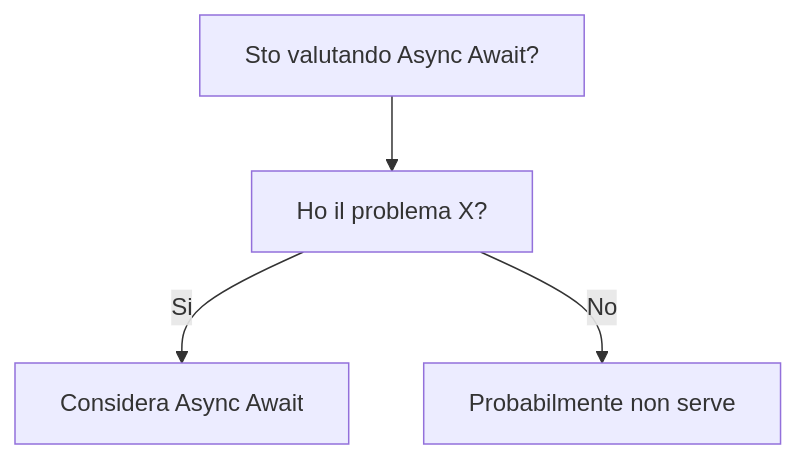
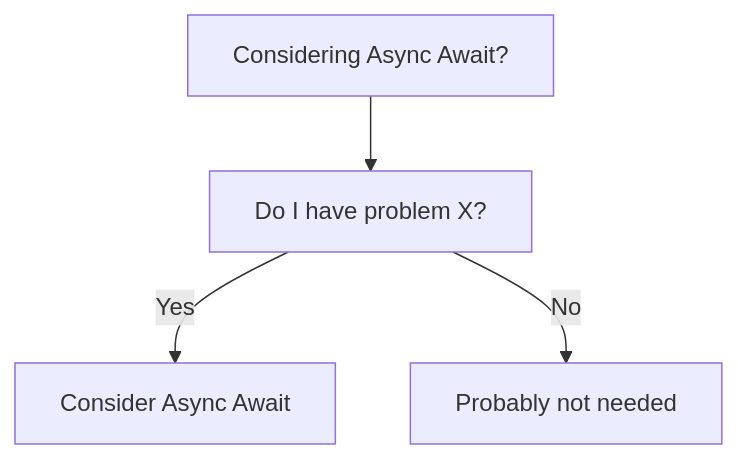
One commit to HxT9/Software-Dev-Wiki changed the diagram in dev-wiki/04_Concurrency/Async_Await/When_To_Use.md. Above: the diagram before and after it, drawn with Mermaid. The commit also changed other lines of this file and 3444 other files, not shown here.

````diff
--- a/dev-wiki/04_Concurrency/Async_Await/When_To_Use.md
+++ b/dev-wiki/04_Concurrency/Async_Await/When_To_Use.md
@@ -19,6 +19,6 @@
 ```mermaid
 flowchart TD
-  Q[Sto valutando Async Await?] --> Q1[Ho il problema X?]
-  Q1 -->|Si| OK[Considera Async Await]
-  Q1 -->|No| NO[Probabilmente non serve]
+  Q[Considering Async Await?] --> Q1[Do I have problem X?]
+  Q1 -->|Yes| OK[Consider Async Await]
+  Q1 -->|No| NO[Probably not needed]
 ```
````
